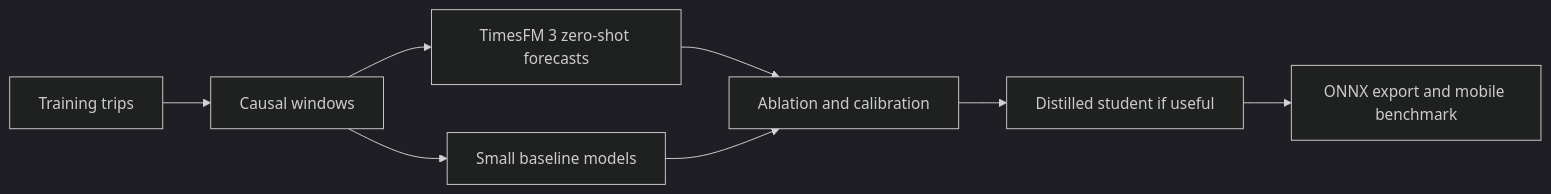
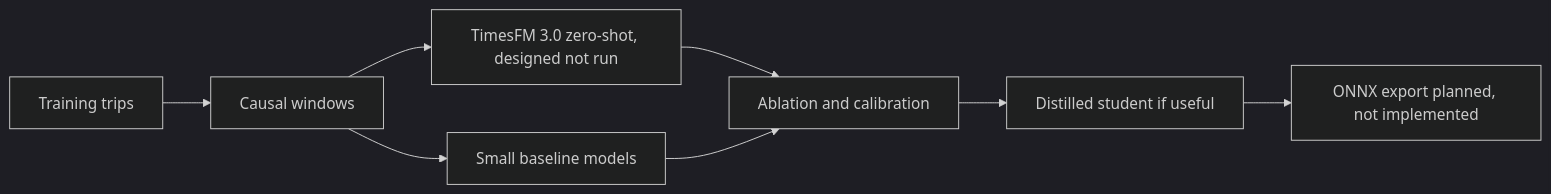
Before and after one commit to NotDrake100/driftzero: the third of 3 diagrams in docs/02_ARCHITECTURE.md, drawn with Mermaid (dark theme). The commit also changed other lines of this file and 178 other files, not shown here.

````diff
--- a/docs/02_ARCHITECTURE.md
+++ b/docs/02_ARCHITECTURE.md
@@ -169,10 +169,10 @@
 ```mermaid
 flowchart LR
     D["Training trips"] --> X["Causal windows"]
-    X --> T["TimesFM 3 zero-shot forecasts"]
+    X --> T["TimesFM 3.0 zero-shot, designed not run"]
     X --> B["Small baseline models"]
     T --> Q["Ablation and calibration"]
     B --> Q
     Q --> S["Distilled student if useful"]
-    S --> E["ONNX export and mobile benchmark"]
+    S --> E["ONNX export planned, not implemented"]
 ```
````
